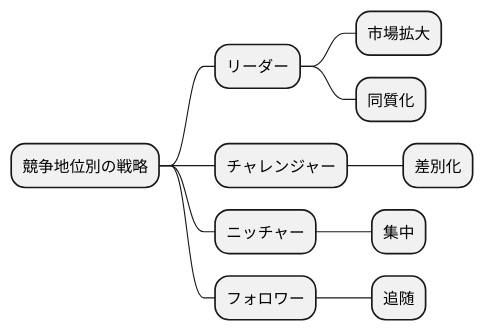
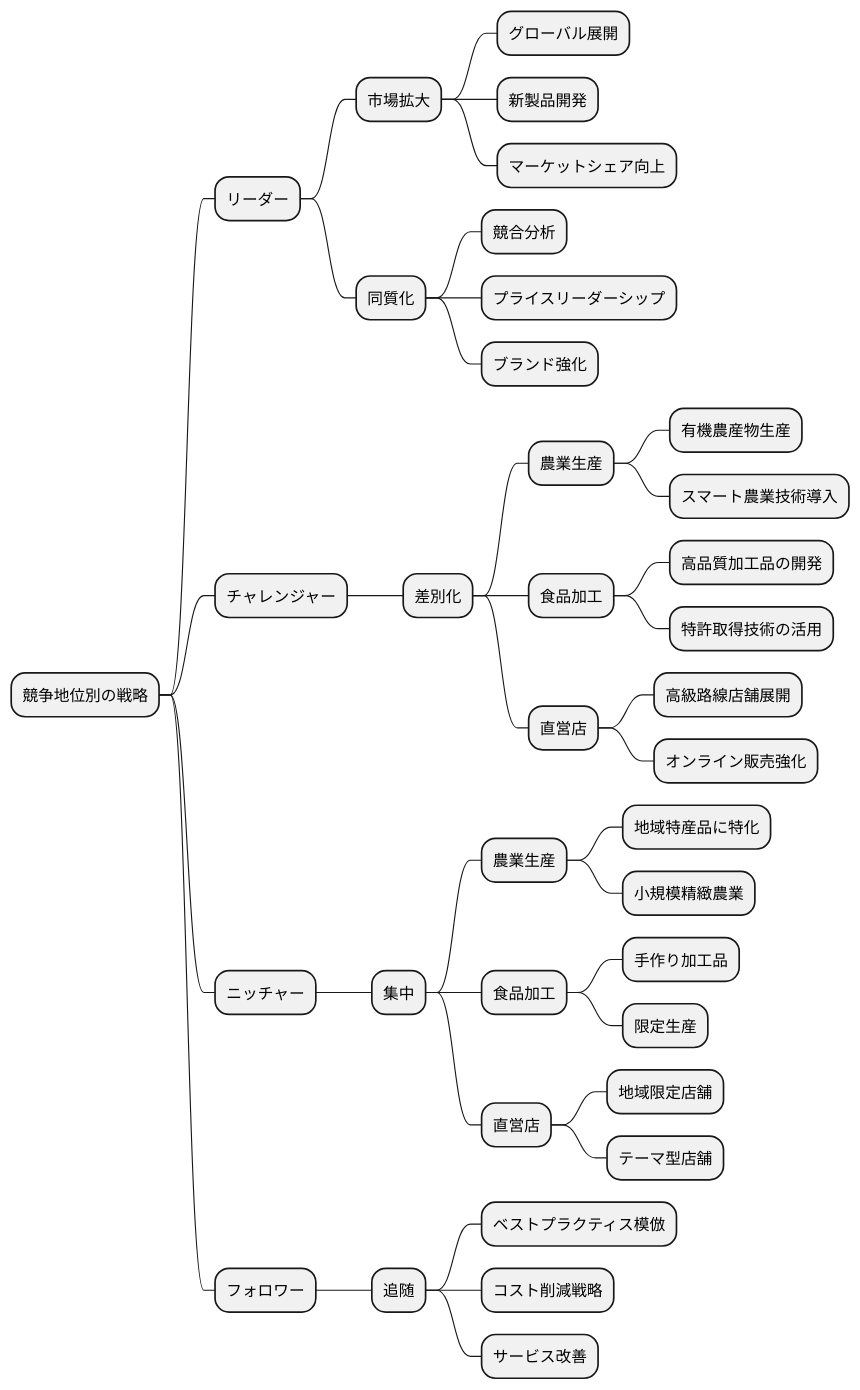
One commit to k2works/case-sutudy-business-analysis changed the ninth of 15 diagrams in docs/case/r04_case_1.adoc. Above: the diagram before and after it, drawn with PlantUML. The commit also changed other lines of this file, not shown here.

```diff
--- a/docs/case/r04_case_1.adoc
+++ b/docs/case/r04_case_1.adoc
@@ -275,15 +434,42 @@
 [plantuml]
 ----
 @startmindmap
 * 競争地位別の戦略
 ** リーダー
 *** 市場拡大
+**** グローバル展開
+**** 新製品開発
+**** マーケットシェア向上
 *** 同質化
+**** 競合分析
+**** プライスリーダーシップ
+**** ブランド強化
 ** チャレンジャー
 *** 差別化
+**** 農業生産
+***** 有機農産物生産
+***** スマート農業技術導入
+**** 食品加工
+***** 高品質加工品の開発
+***** 特許取得技術の活用
+**** 直営店
+***** 高級路線店舗展開
+***** オンライン販売強化
 ** ニッチャー
 *** 集中
+**** 農業生産
+***** 地域特産品に特化
+***** 小規模精緻農業
+**** 食品加工
+***** 手作り加工品
+***** 限定生産
+**** 直営店
+***** 地域限定店舗
+***** テーマ型店舗
 ** フォロワー
 *** 追随
+**** ベストプラクティス模倣
+**** コスト削減戦略
+**** サービス改善
 @endmindmap
 ----
```
